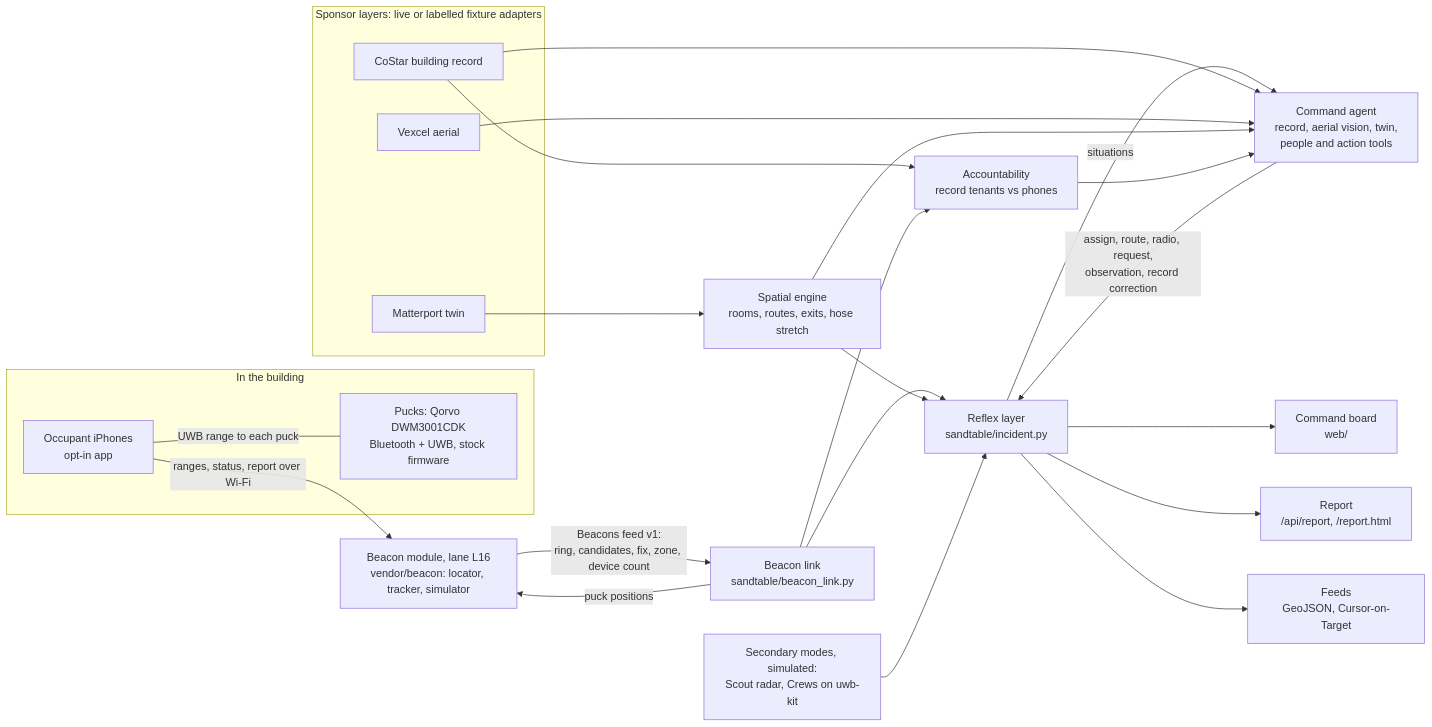
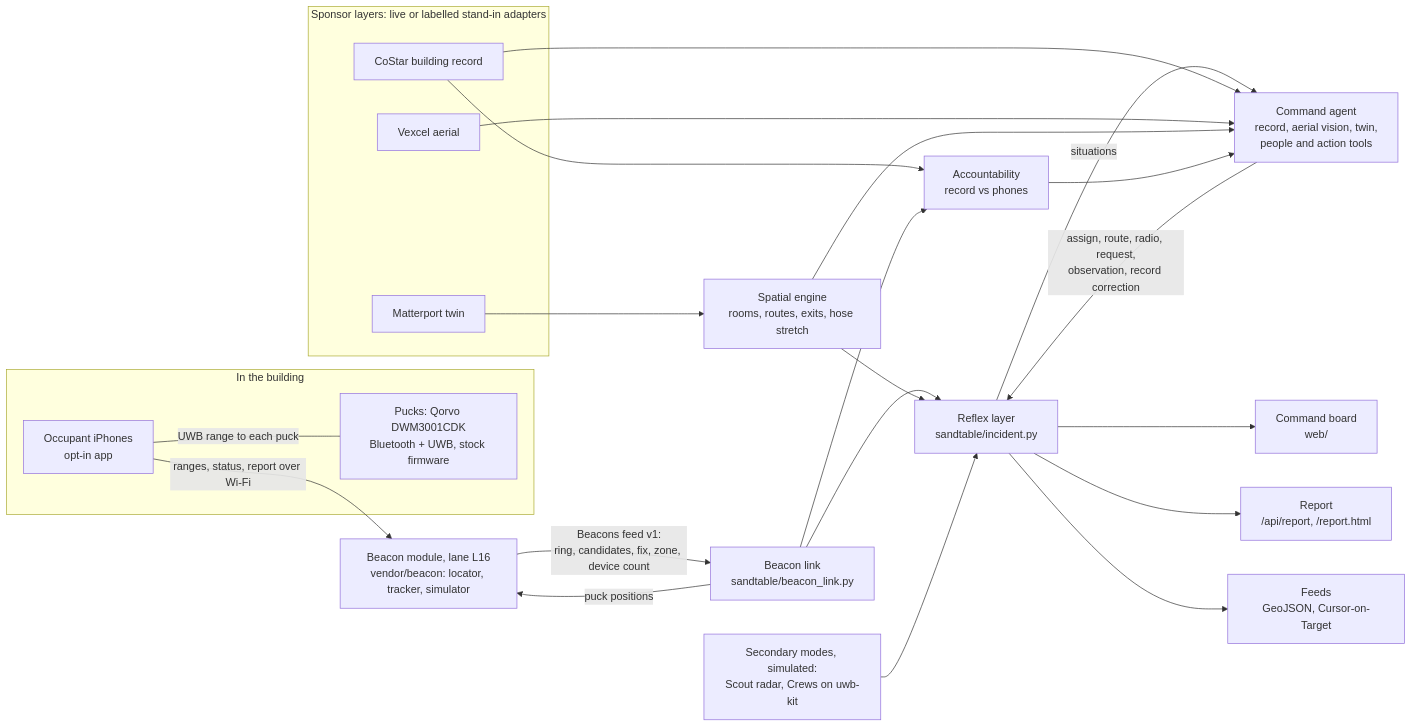
The diagram in sandtable-live-fireground-twin/README.md (iujab/sandtable-beacon), drawn with Mermaid before and after one commit. The commit also changed other lines of this file and 249 other files, not shown here.

````diff
--- a/sandtable-live-fireground-twin/README.md
+++ b/sandtable-live-fireground-twin/README.md
@@ -44,31 +52,31 @@
 ```mermaid
 flowchart LR
   subgraph Building["In the building"]
     PK["Pucks: Qorvo DWM3001CDK<br/>Bluetooth + UWB, stock firmware"]
     PH["Occupant iPhones<br/>opt-in app"]
     PH -- "UWB range to each puck" --- PK
   end
   PH -- "ranges, status, report over Wi-Fi" --> BM["Beacon module, lane L16<br/>vendor/beacon: locator, tracker, simulator"]
   BM -- "Beacons feed v1:<br/>ring, candidates, fix, zone, device count" --> BL["Beacon link<br/>sandtable/beacon_link.py"]
   BL -- "puck positions" --> BM
-  subgraph Layers["Sponsor layers: live or labelled fixture adapters"]
+  subgraph Layers["Sponsor layers: live or labelled stand-in adapters"]
     C["CoStar building record"]
     V["Vexcel aerial"]
     M["Matterport twin"]
   end
   M --> S["Spatial engine<br/>rooms, routes, exits, hose stretch"]
   BL --> X["Reflex layer<br/>sandtable/incident.py"]
   S --> X
-  C --> AC["Accountability<br/>record tenants vs phones"]
+  C --> AC["Accountability<br/>record vs phones"]
   BL --> AC
   X -- "situations" --> A["Command agent<br/>record, aerial vision, twin,<br/>people and action tools"]
   C --> A
   V --> A
   S --> A
   AC --> A
   A -- "assign, route, radio, request,<br/>observation, record correction" --> X
   SIM["Secondary modes, simulated:<br/>Scout radar, Crews on uwb-kit"] --> X
   X --> B["Command board<br/>web/"]
   X --> RP["Report<br/>/api/report, /report.html"]
   X --> F["Feeds<br/>GeoJSON, Cursor-on-Target"]
 ```
````
